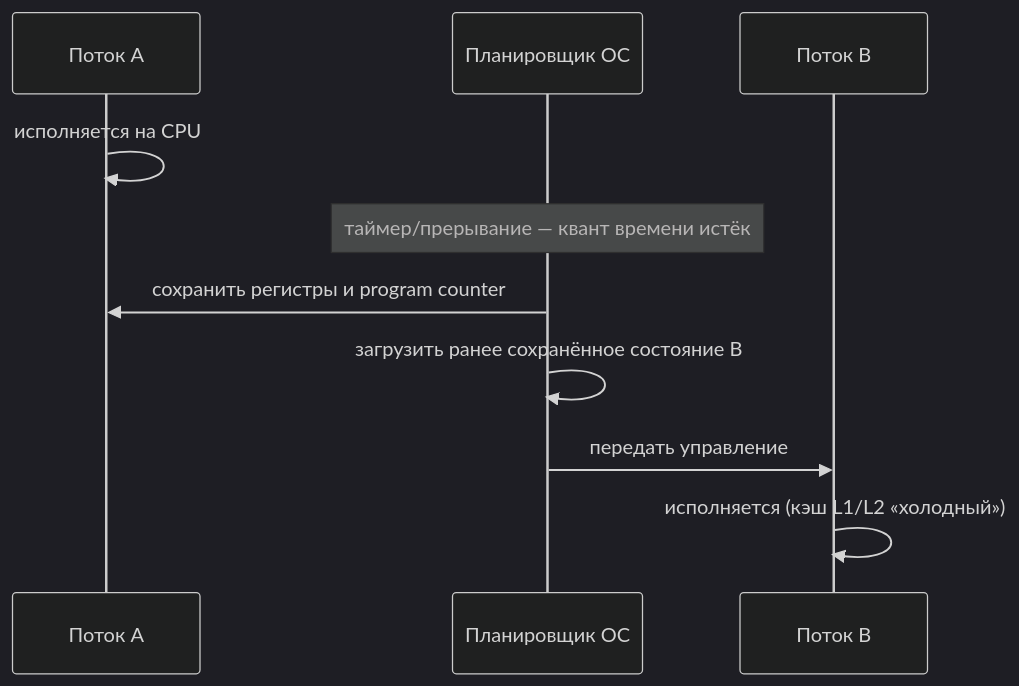
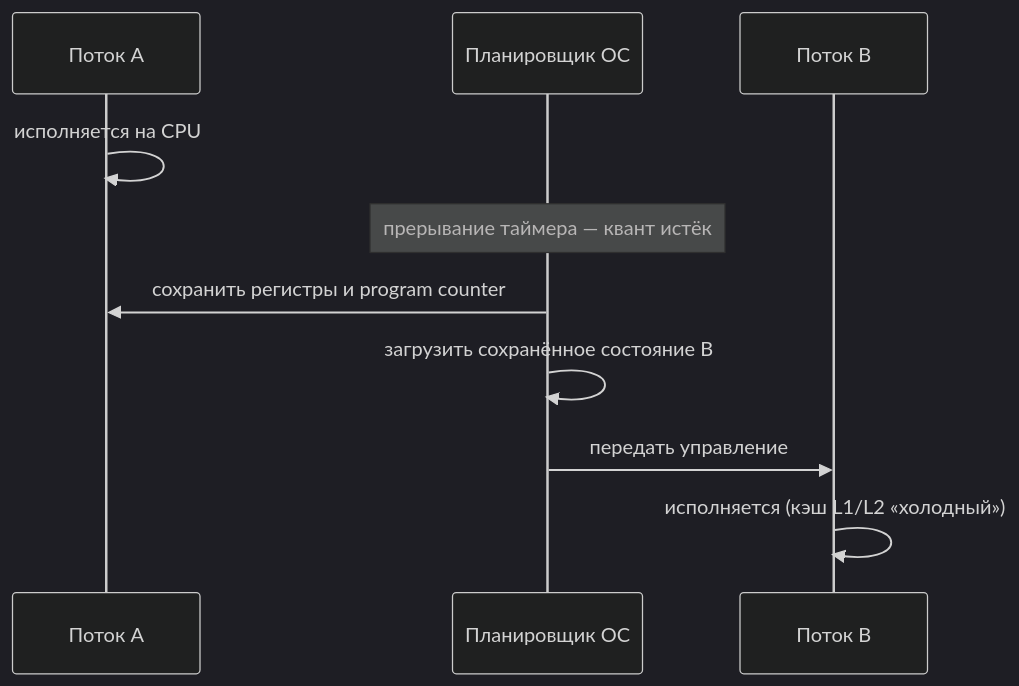
One commit to bogdan111305/java-senior-roadmap changed the second of 2 diagrams in kb/01-fundamentals/01-os-basics.md. Above: the diagram before and after it, drawn with Mermaid (dark theme). The commit also changed other lines of this file and 64 other files, not shown here.

````diff
--- a/kb/01-fundamentals/01-os-basics.md
+++ b/kb/01-fundamentals/01-os-basics.md
@@ -73,13 +85,13 @@
 ```mermaid
 sequenceDiagram
     participant A as Поток A
     participant OS as Планировщик ОС
     participant B as Поток B
 
     A->>A: исполняется на CPU
-    Note over OS: таймер/прерывание — квант времени истёк
+    Note over OS: прерывание таймера — квант истёк
     OS->>A: сохранить регистры и program counter
-    OS->>OS: загрузить ранее сохранённое состояние B
+    OS->>OS: загрузить сохранённое состояние B
     OS->>B: передать управление
     B->>B: исполняется (кэш L1/L2 «холодный»)
 ```
````
